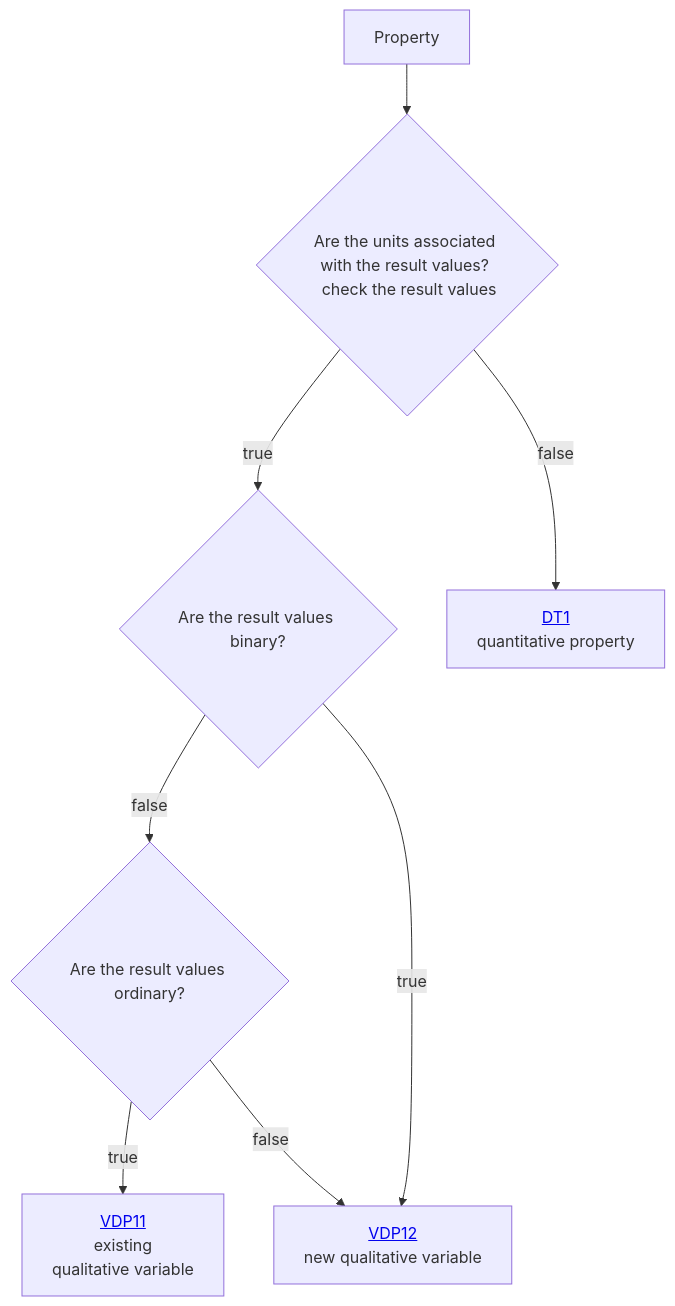
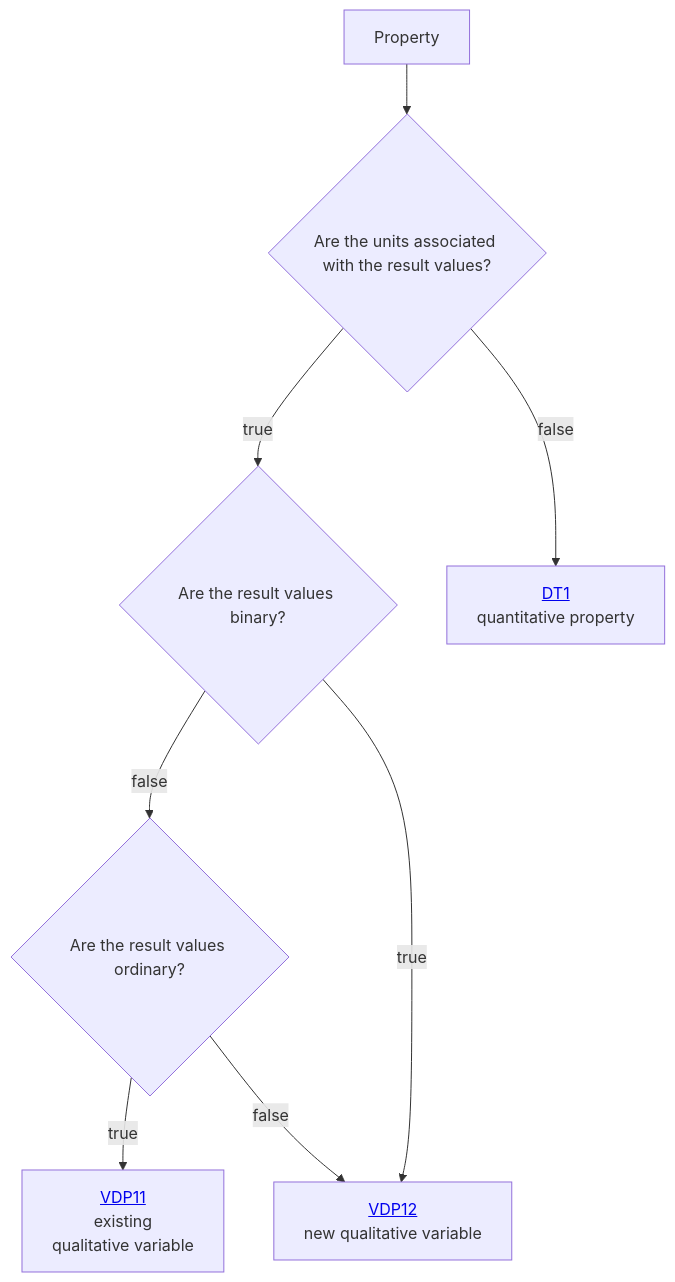
Before and after one commit to mabablue/I-ADOPT-patterns-playground: the diagram in Decisition_trees/DT0.mmd, drawn with Mermaid.

Commit message:
Remove unnecessary line break in flowchart

```diff
--- a/Decisition_trees/DT0.mmd
+++ b/Decisition_trees/DT0.mmd
@@ -1,8 +1,8 @@
 flowchart TD
-    A[Property] --> B{Are the units associated with the result values? <br> check the result values}
+    A[Property] --> B{Are the units associated with the result values?}
     B --> |true|C{Are the result values binary?}
     B --> |false|D[<a href='https://github.com/mabablue/I-ADOPT-patterns-playground/blob/main/Decisition_trees/DT1.mmd'>DT1</a><br> quantitative property] 
     C --> |false|E{Are the result values ordinary?}
     C --> |true|H[<a href='https://github.com/mabablue/I-ADOPT-patterns-playground/blob/main/pattern/VDP12.yaml'>VDP12</a><br> new qualitative variable] 
     E --> |true|F[<a href='https://github.com/mabablue/I-ADOPT-patterns-playground/blob/main/pattern/VDP11.yaml'>VDP11</a><br> existing <br> qualitative variable] 
     E --> |false|H
```
